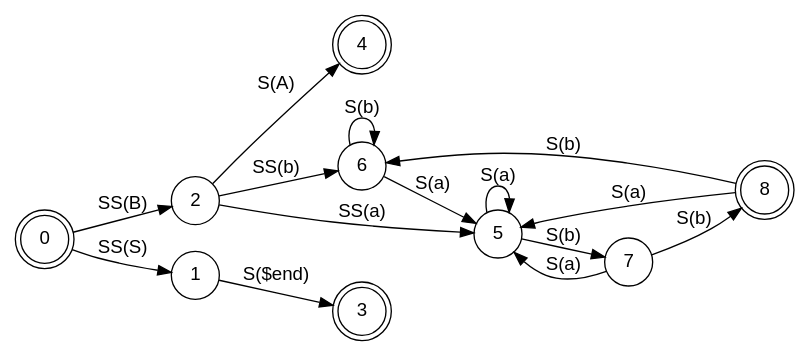
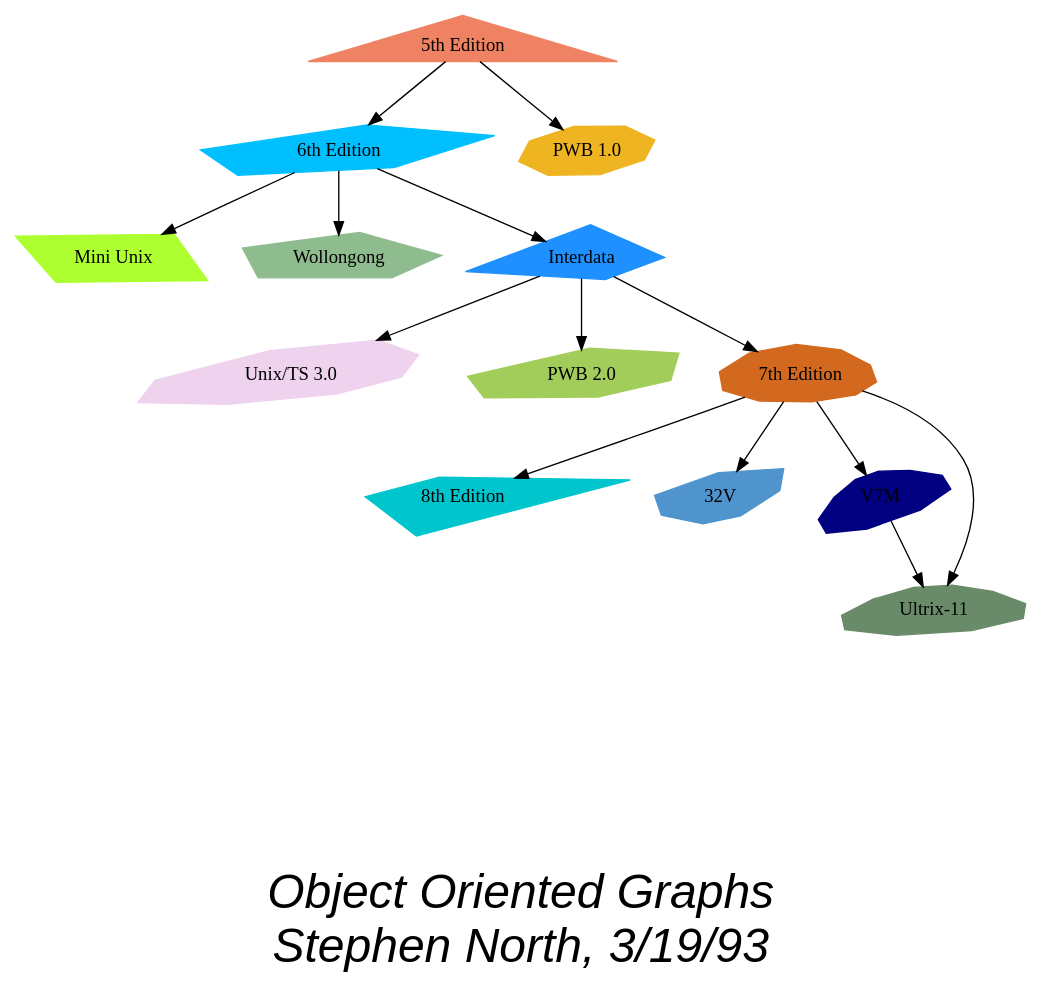
One commit to jtkulas/LiveStreams changed the diagram in 7_30_24.qmd. Above: the diagram before and after it, drawn with Graphviz. The commit also changed other lines of this file and 3 other files, not shown here.

Commit message:
graphviz tweaks

````diff
--- a/7_30_24.qmd
+++ b/7_30_24.qmd
@@ -166,29 +59,47 @@
 ```{dot}
 //| echo: true
-//| output-location: column-fragment
+//| output-location: column
 //| classes: custom5050
 //| fig-width: 5
 
-digraph finite_state_machine {
-	fontname="Helvetica,Arial,sans-serif"
-	node [fontname="Helvetica,Arial,sans-serif"]
-	edge [fontname="Helvetica,Arial,sans-serif"]
-	rankdir=LR;
-	node [shape = doublecircle]; 0 3 4 8;
-	node [shape = circle];
-	0 -> 2 [label = "SS(B)"];
-	0 -> 1 [label = "SS(S)"];
-	1 -> 3 [label = "S($end)"];
-	2 -> 6 [label = "SS(b)"];
-	2 -> 5 [label = "SS(a)"];
-	2 -> 4 [label = "S(A)"];
-	5 -> 7 [label = "S(b)"];
-	5 -> 5 [label = "S(a)"];
-	6 -> 6 [label = "S(b)"];
-	6 -> 5 [label = "S(a)"];
-	7 -> 8 [label = "S(b)"];
-	7 -> 5 [label = "S(a)"];
-	8 -> 6 [label = "S(b)"];
-	8 -> 5 [label = "S(a)"];
+digraph "unix" {
+	graph [	fontname = "Helvetica-Oblique",
+		fontsize = 36,
+		label = "\n\n\n\nObject Oriented Graphs\nStephen North, 3/19/93",
+		];
+	node [	shape = polygon,
+		sides = 4,
+		distortion = "0.0",
+		orientation = "0.0",
+		skew = "0.0",
+		color = white,
+		style = filled,
+		fontname = "Helvetica-Outline" ];
+	"5th Edition" [sides=3, distortion="0", orientation=0, skew="0", color=salmon2];
+	"6th Edition" [sides=5, distortion="0.238792", orientation=11, skew="0.995935", color=deepskyblue];
+	"PWB 1.0" [sides=8, distortion="0.019636", orientation=79, skew="-0.440424", color=goldenrod2];
+	"Mini Unix" [distortion="0.039386", orientation=2, skew="-0.461120", color=greenyellow];
+	Wollongong [sides=5, distortion="0.228564", orientation=63, skew="-0.062846", color=darkseagreen];
+	Interdata [distortion="0.624013", orientation=56, skew="0.101396", color=dodgerblue1];
+	"Unix/TS 3.0" [sides=8, distortion="0.731383", orientation=43, skew="-0.824612", color=thistle2];
+	"PWB 2.0" [sides=6, distortion="0.592100", orientation=34, skew="-0.719269", color=darkolivegreen3];
+	"7th Edition" [sides=10, distortion="0.298417", orientation=65, skew="0.310367", color=chocolate];
+	"8th Edition" [distortion="-0.997093", orientation=50, skew="-0.061117", color=turquoise3];
+	"32V" [sides=7, distortion="0.878516", orientation=19, skew="0.592905", color=steelblue3];
+	V7M [sides=10, distortion="-0.960249", orientation=32, skew="0.460424", color=navy];
+	"Ultrix-11" [sides=10, distortion="-0.633186", orientation=10, skew="0.333125", color=darkseagreen4];
+	"5th Edition" -> "6th Edition";
+	"5th Edition" -> "PWB 1.0";
+	"6th Edition" -> "Mini Unix";
+	"6th Edition" -> Wollongong;
+	"6th Edition" -> Interdata;
+	Interdata -> "Unix/TS 3.0";
+	Interdata -> "PWB 2.0";
+	Interdata -> "7th Edition";
+	"7th Edition" -> "8th Edition";
+	"7th Edition" -> "32V";
+	"7th Edition" -> V7M;
+	"7th Edition" -> "Ultrix-11";
+	V7M -> "Ultrix-11";
 }
 ```
````
